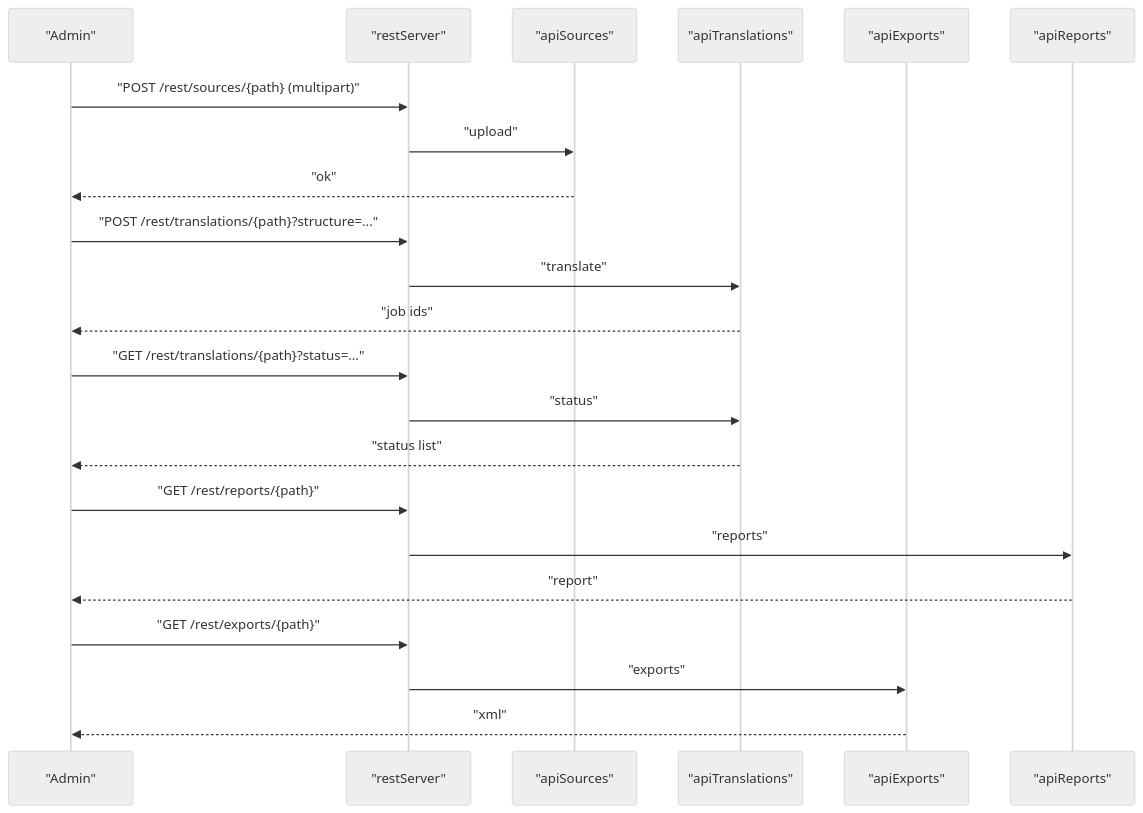
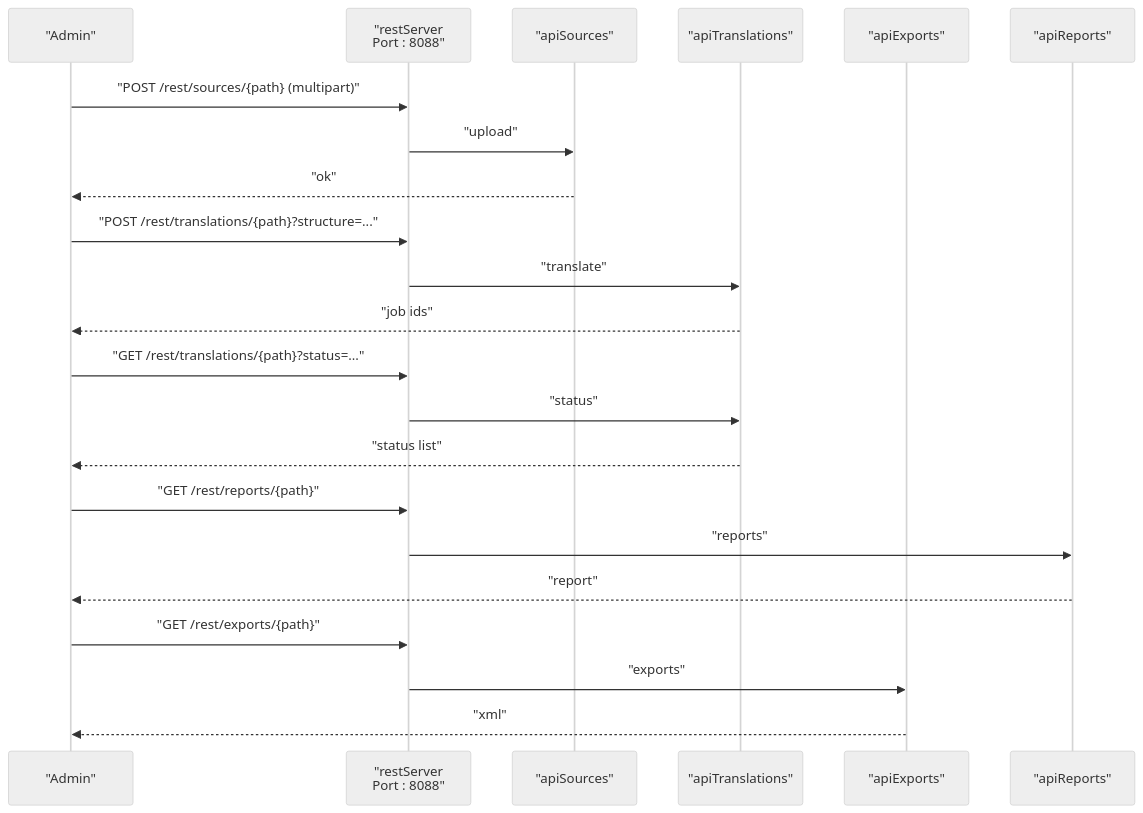
Before and after one commit to time-link/timelink-kleio: the ninth of 10 diagrams in .qoder/repowiki/en/content/Project Overview/Core Services/Core Services.md, drawn with Mermaid (neutral theme). The commit also changed other lines of this file and 189 other files, not shown here.

````diff
--- a/.qoder/repowiki/en/content/Project Overview/Core Services/Core Services.md
+++ b/.qoder/repowiki/en/content/Project Overview/Core Services/Core Services.md
@@ -604,24 +635,24 @@
 ```mermaid
 sequenceDiagram
 participant Admin as "Admin"
-participant RS as "restServer"
+participant RS as "restServer<br/>Port : 8088"
 participant SR as "apiSources"
 participant TR as "apiTranslations"
 participant EX as "apiExports"
 participant RP as "apiReports"
 Admin->>RS : "POST /rest/sources/{path} (multipart)"
 RS->>SR : "upload"
 SR-->>Admin : "ok"
 Admin->>RS : "POST /rest/translations/{path}?structure=..."
 RS->>TR : "translate"
 TR-->>Admin : "job ids"
 Admin->>RS : "GET /rest/translations/{path}?status=..."
 RS->>TR : "status"
 TR-->>Admin : "status list"
 Admin->>RS : "GET /rest/reports/{path}"
 RS->>RP : "reports"
 RP-->>Admin : "report"
 Admin->>RS : "GET /rest/exports/{path}"
 RS->>EX : "exports"
 EX-->>Admin : "xml"
 ```
````
